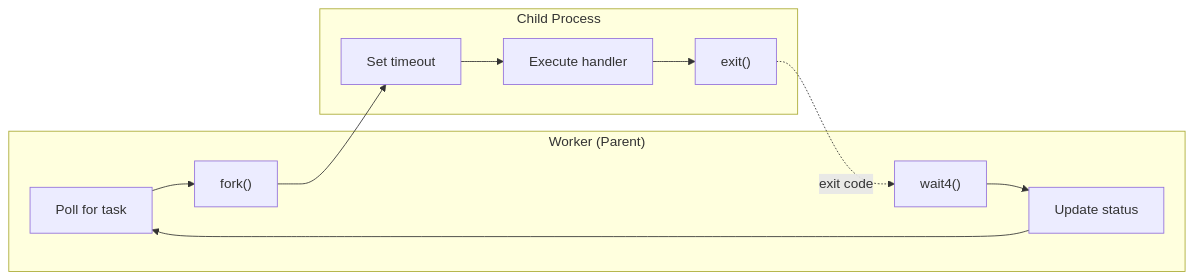
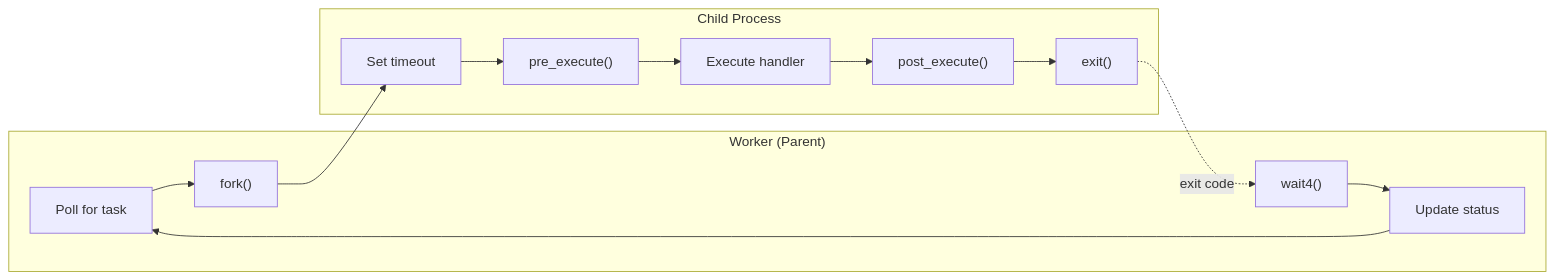
The second of 5 diagrams in docs/architecture.md (flipbit03/pq), drawn with Mermaid before and after one commit. The commit also changed other lines of this file and 8 other files, not shown here.

````diff
--- a/docs/architecture.md
+++ b/docs/architecture.md
@@ -78,23 +78,27 @@
 ```mermaid
 flowchart LR
     subgraph parent["Worker (Parent)"]
         poll["Poll for task"]
         fork["fork()"]
         wait["wait4()"]
         update["Update status"]
     end
 
     subgraph child["Child Process"]
         setup["Set timeout"]
+        pre["pre_execute()"]
         exec["Execute handler"]
+        post["post_execute()"]
         exit["exit()"]
     end
 
     poll --> fork
     fork --> setup
-    setup --> exec
-    exec --> exit
+    setup --> pre
+    pre --> exec
+    exec --> post
+    post --> exit
     exit -.->|"exit code"| wait
     wait --> update
     update --> poll
 ```
````
